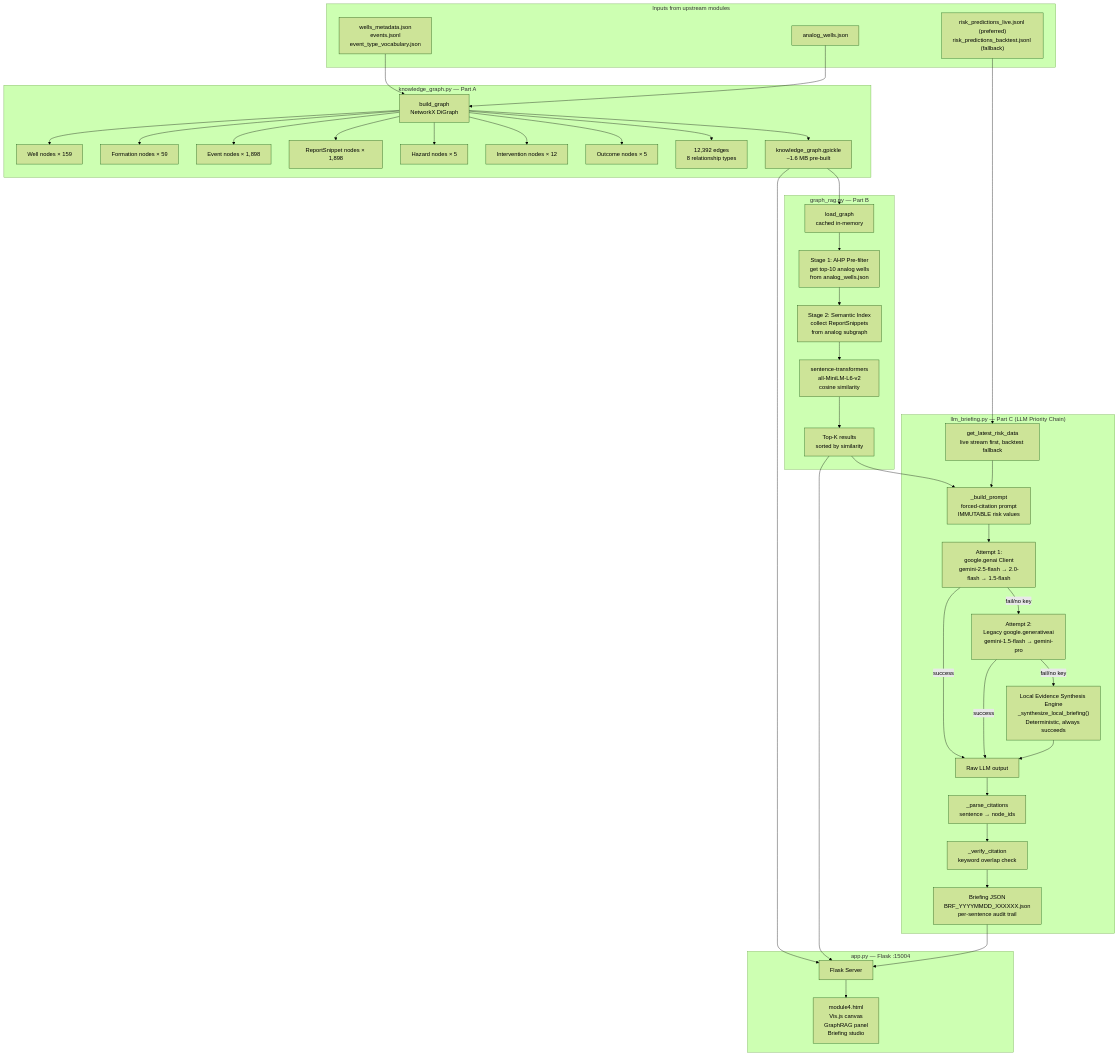
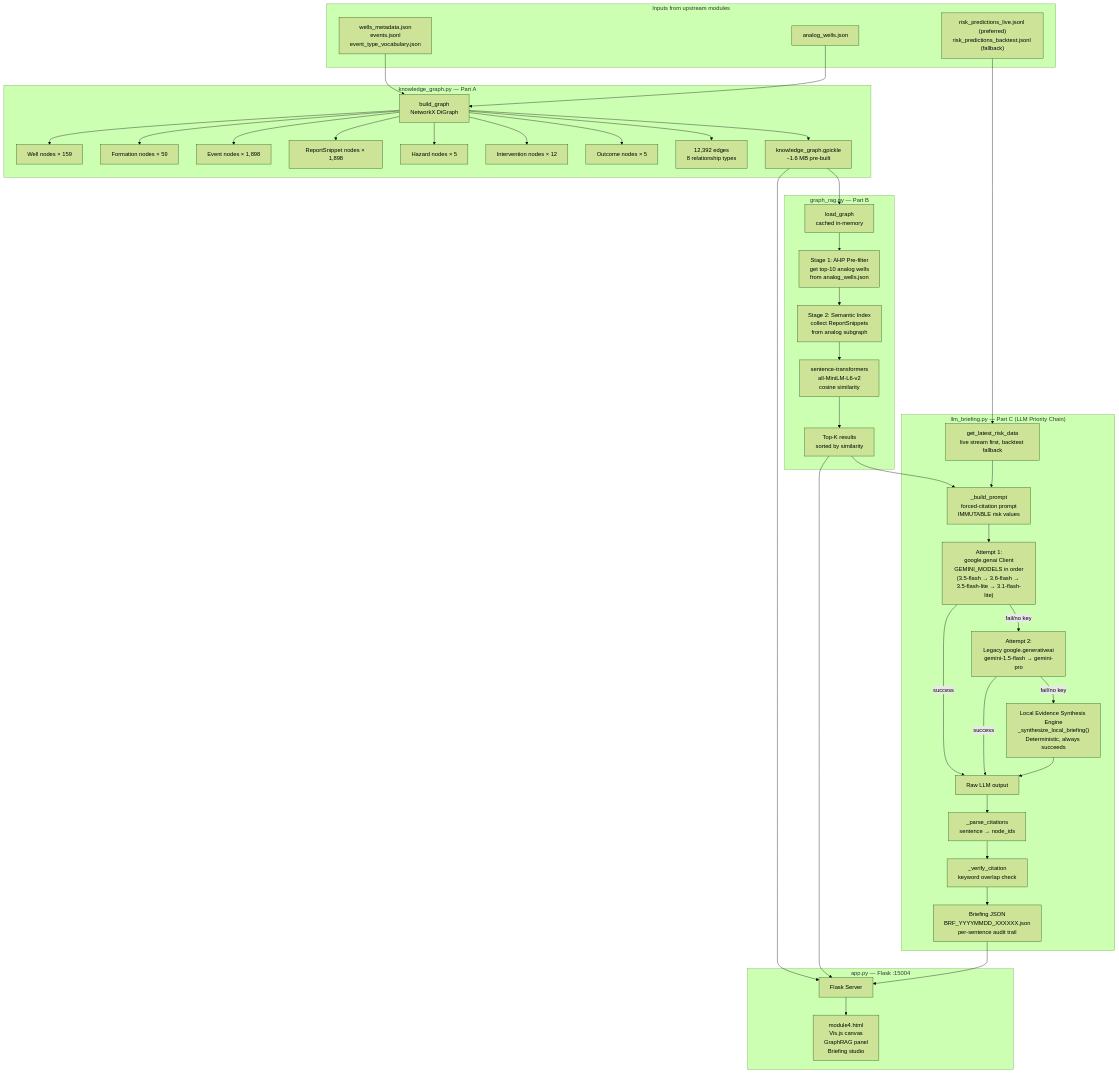
Before and after one commit to n3ssdub3y/SIH_2026_PLANNS: diagram 11 of 18 in ARCHITECTURE.md, drawn with Mermaid (forest theme). The commit also changed other lines of this file and 14 other files, not shown here.

````diff
--- a/ARCHITECTURE.md
+++ b/ARCHITECTURE.md
@@ -787,51 +787,51 @@
 ```mermaid
 graph TD
     subgraph "Inputs from upstream modules"
         M1["wells_metadata.json\nevents.jsonl\nevent_type_vocabulary.json"]
         M2["analog_wells.json"]
         M3["risk_predictions_live.jsonl (preferred)\nrisk_predictions_backtest.jsonl (fallback)"]
     end
 
     subgraph "knowledge_graph.py — Part A"
         M1 & M2 --> KGB["build_graph\nNetworkX DiGraph"]
         KGB --> N_WELL["Well nodes × 159"]
         KGB --> N_FORM["Formation nodes × 59"]
         KGB --> N_EVT["Event nodes × 1,898"]
         KGB --> N_SNIP["ReportSnippet nodes × 1,898"]
         KGB --> N_HAZ["Hazard nodes × 5"]
         KGB --> N_INT["Intervention nodes × 12"]
         KGB --> N_OUT["Outcome nodes × 5"]
         KGB --> EDGES["12,392 edges\n8 relationship types"]
         KGB --> GPK["knowledge_graph.gpickle\n~1.6 MB pre-built"]
     end
 
     subgraph "graph_rag.py — Part B"
         GPK --> LOAD["load_graph\ncached in-memory"]
         LOAD --> STAGE1["Stage 1: AHP Pre-filter\nget top-10 analog wells\nfrom analog_wells.json"]
         STAGE1 --> STAGE2["Stage 2: Semantic Index\ncollect ReportSnippets\nfrom analog subgraph"]
         STAGE2 --> EMBED["sentence-transformers\nall-MiniLM-L6-v2\ncosine similarity"]
         EMBED --> TOPK["Top-K results\nsorted by similarity"]
     end
 
     subgraph "llm_briefing.py — Part C (LLM Priority Chain)"
         M3 --> RD["get_latest_risk_data\nlive stream first, backtest fallback"]
         TOPK --> PROMPT["_build_prompt\nforced-citation prompt\nIMMUTABLE risk values"]
         RD --> PROMPT
-        PROMPT --> ATTEMPT1["Attempt 1:\ngoogle.genai Client\ngemini-2.5-flash → 2.0-flash → 1.5-flash"]
+        PROMPT --> ATTEMPT1["Attempt 1:\ngoogle.genai Client\nGEMINI_MODELS in order\n(3.5-flash → 3.6-flash → 3.5-flash-lite → 3.1-flash-lite)"]
         ATTEMPT1 -->|"success"| RAW["Raw LLM output"]
         ATTEMPT1 -->|"fail/no key"| ATTEMPT2["Attempt 2:\nLegacy google.generativeai\ngemini-1.5-flash → gemini-pro"]
         ATTEMPT2 -->|"success"| RAW
         ATTEMPT2 -->|"fail/no key"| LOCAL["Local Evidence Synthesis Engine\n_synthesize_local_briefing()\nDeterministic, always succeeds"]
         LOCAL --> RAW
         RAW --> PARSE["_parse_citations\nsentence → node_ids"]
         PARSE --> VERIFY["_verify_citation\nkeyword overlap check"]
         VERIFY --> BRF["Briefing JSON\nBRF_YYYYMMDD_XXXXXX.json\nper-sentence audit trail"]
     end
 
     subgraph "app.py — Flask :15004"
         GPK --> APP["Flask Server"]
         TOPK --> APP
         BRF --> APP
         APP --> UI["module4.html\nVis.js canvas\nGraphRAG panel\nBriefing studio"]
     end
 ```
````
